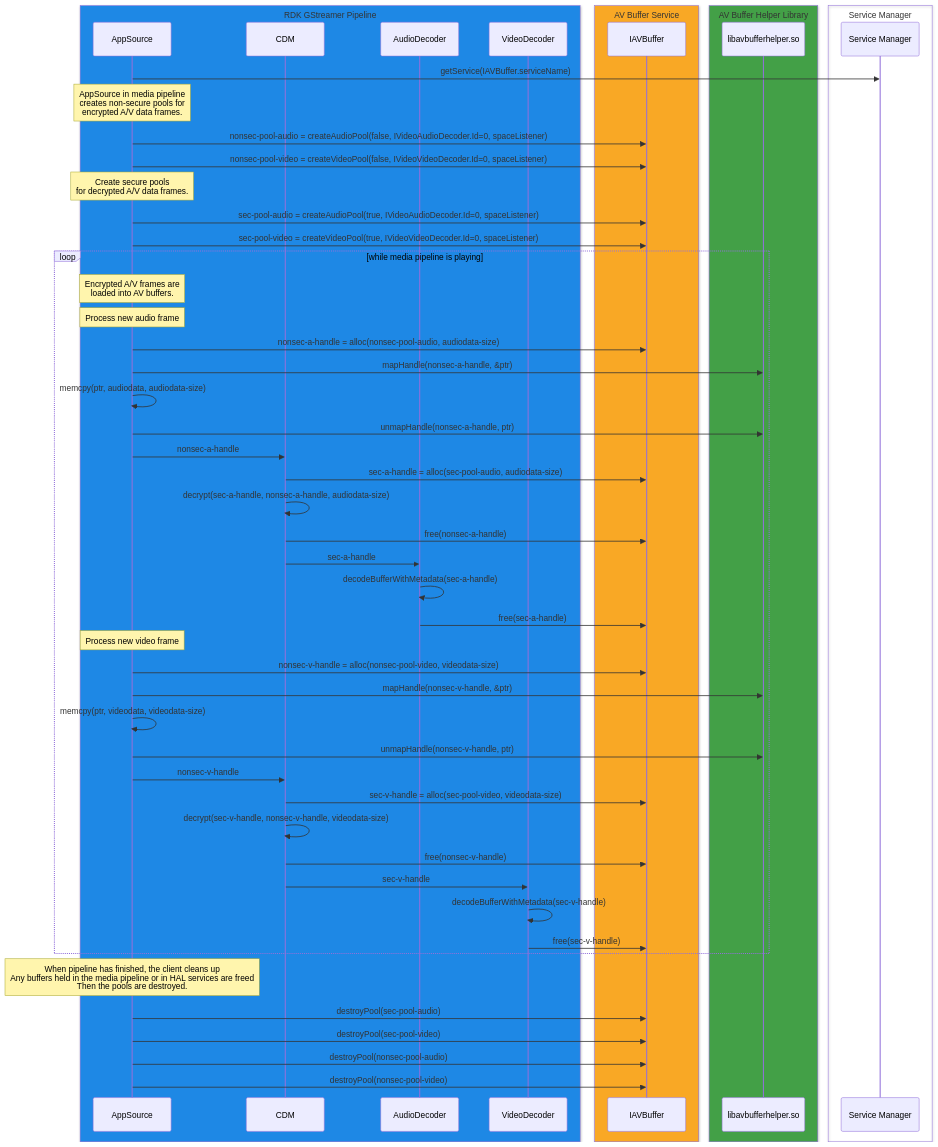
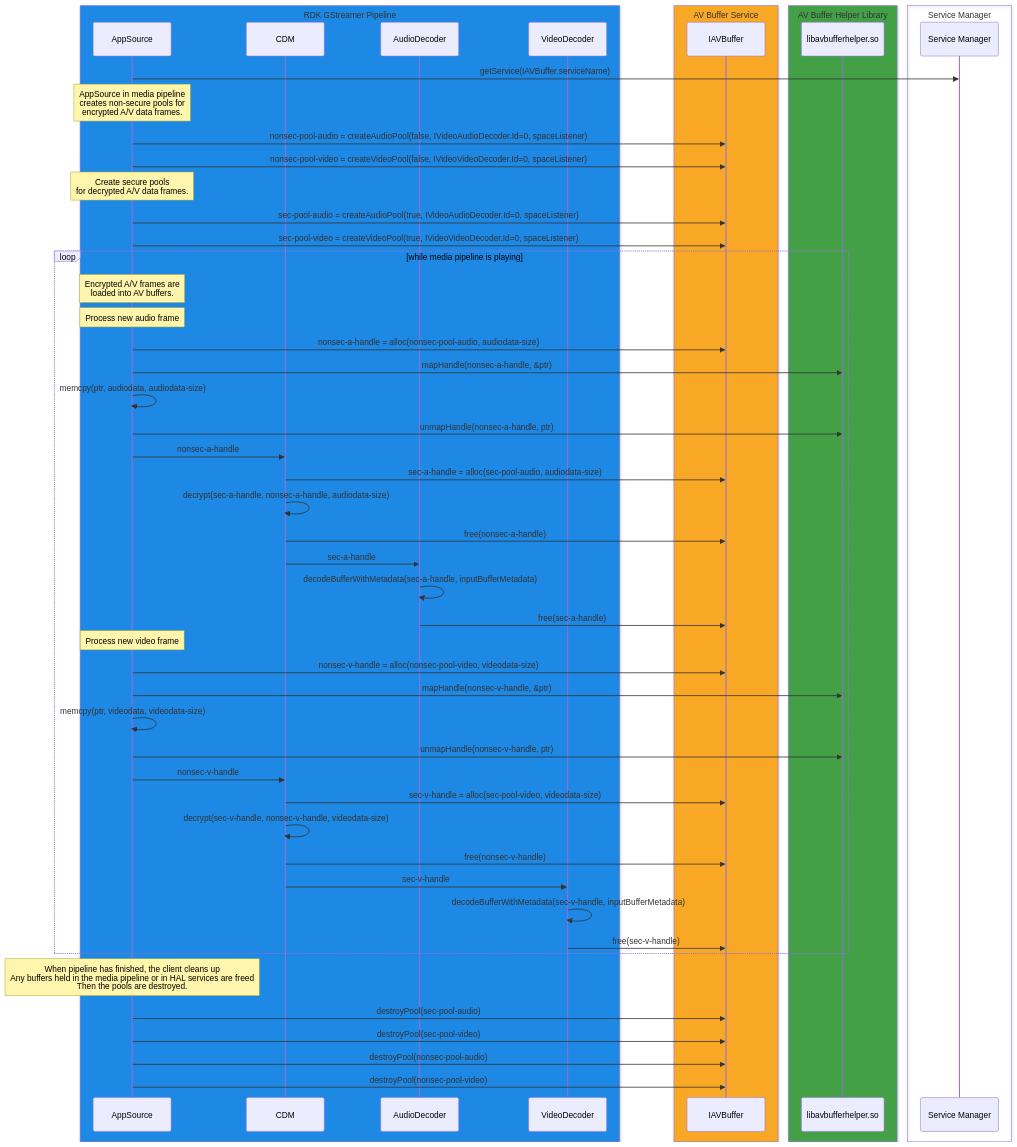
The diagram in docs/halif/av_buffer/current/av_buffer.md (rdkcentral/rdk-halif-aidl), drawn with Mermaid before and after one commit. The commit also changed 12 other files, not shown here.

````diff
--- a/docs/halif/av_buffer/current/av_buffer.md
+++ b/docs/halif/av_buffer/current/av_buffer.md
@@ -182,72 +182,72 @@
 ```mermaid
 sequenceDiagram
     box rgb(30,136,229) RDK GStreamer Pipeline
         participant c1 as AppSource
         participant c2 as CDM
         participant adc as AudioDecoder
         participant vdc as VideoDecoder
     end
 
     box rgb(249,168,37) AV Buffer Service
         participant avbm as IAVBuffer
     end
 
     box rgb(67,160,71) AV Buffer Helper Library
         participant avblib as libavbufferhelper.so
     end
 
     box Service Manager
         participant sm as Service Manager
     end
 
     c1 ->> sm: getService(IAVBuffer.serviceName)
 
     Note over c1: AppSource in media pipeline<br/>creates non-secure pools for <br/>encrypted A/V data frames.
 
     c1 ->> avbm: nonsec-pool-audio = createAudioPool(false, IVideoAudioDecoder.Id=0, spaceListener)
     c1 ->> avbm: nonsec-pool-video = createVideoPool(false, IVideoVideoDecoder.Id=0, spaceListener)
 
     Note over c1: Create secure pools<br/>for decrypted A/V data frames.
 
     c1 ->> avbm: sec-pool-audio = createAudioPool(true, IVideoAudioDecoder.Id=0, spaceListener)
     c1 ->> avbm: sec-pool-video = createVideoPool(true, IVideoVideoDecoder.Id=0, spaceListener)
 
     loop while media pipeline is playing
         Note over c1: Encrypted A/V frames are <br/>loaded into AV buffers.
 
         Note over c1: Process new audio frame
         c1 ->> avbm: nonsec-a-handle = alloc(nonsec-pool-audio, audiodata-size)
         c1 ->> avblib: mapHandle(nonsec-a-handle, &ptr)
         c1 ->> c1: memcpy(ptr, audiodata, audiodata-size)
         c1 ->> avblib: unmapHandle(nonsec-a-handle, ptr)
 
         c1 ->> c2: nonsec-a-handle
         c2 ->> avbm: sec-a-handle = alloc(sec-pool-audio, audiodata-size)
         c2 ->> c2: decrypt(sec-a-handle, nonsec-a-handle, audiodata-size)
         c2 ->> avbm: free(nonsec-a-handle)
         c2 ->> adc: sec-a-handle
-        adc ->> adc: decodeBufferWithMetadata(sec-a-handle)
+        adc ->> adc: decodeBufferWithMetadata(sec-a-handle, inputBufferMetadata)
         adc ->> avbm: free(sec-a-handle)
 
         Note over c1: Process new video frame
         c1 ->> avbm: nonsec-v-handle = alloc(nonsec-pool-video, videodata-size)
         c1 ->> avblib: mapHandle(nonsec-v-handle, &ptr)
         c1 ->> c1: memcpy(ptr, videodata, videodata-size)
         c1 ->> avblib: unmapHandle(nonsec-v-handle, ptr)
         c1 ->> c2: nonsec-v-handle
 
         c2 ->> avbm: sec-v-handle = alloc(sec-pool-video, videodata-size)
         c2 ->> c2: decrypt(sec-v-handle, nonsec-v-handle, videodata-size)
         c2 ->> avbm: free(nonsec-v-handle)
         c2 ->> vdc: sec-v-handle
-        vdc ->> vdc: decodeBufferWithMetadata(sec-v-handle)
+        vdc ->> vdc: decodeBufferWithMetadata(sec-v-handle, inputBufferMetadata)
         vdc ->> avbm: free(sec-v-handle)
     end
 
     Note over c1: When pipeline has finished, the client cleans up<br/>Any buffers held in the media pipeline or in HAL services are freed<br/>Then the pools are destroyed.
 
     c1 ->> avbm: destroyPool(sec-pool-audio)
     c1 ->> avbm: destroyPool(sec-pool-video)
     c1 ->> avbm: destroyPool(nonsec-pool-audio)
     c1 ->> avbm: destroyPool(nonsec-pool-video)
 ```
````
